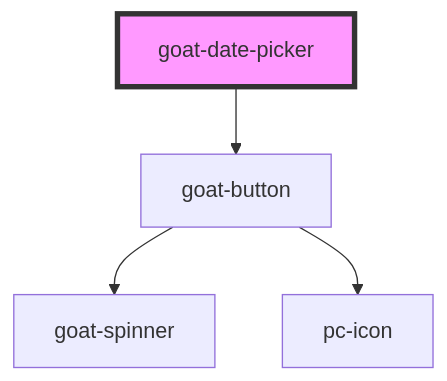
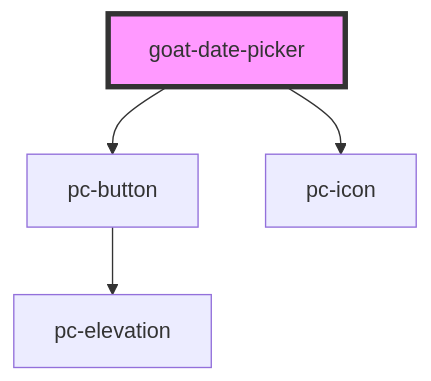
Before and after one commit to redvars/peacock: the diagram in src/components/input-controls/data-and-time/date/date-picker/readme.md, drawn with Mermaid. The commit also changed other lines of this file and 280 other files, not shown here.

````diff
--- a/src/components/input-controls/data-and-time/date/date-picker/readme.md
+++ b/src/components/input-controls/data-and-time/date/date-picker/readme.md
@@ -82,7 +83,7 @@
 ```mermaid
 graph TD;
-  goat-date-picker --> goat-button
-  goat-button --> goat-spinner
-  goat-button --> pc-icon
+  goat-date-picker --> pc-button
+  goat-date-picker --> pc-icon
+  pc-button --> pc-elevation
   style goat-date-picker fill:#f9f,stroke:#333,stroke-width:4px
 ```
````
